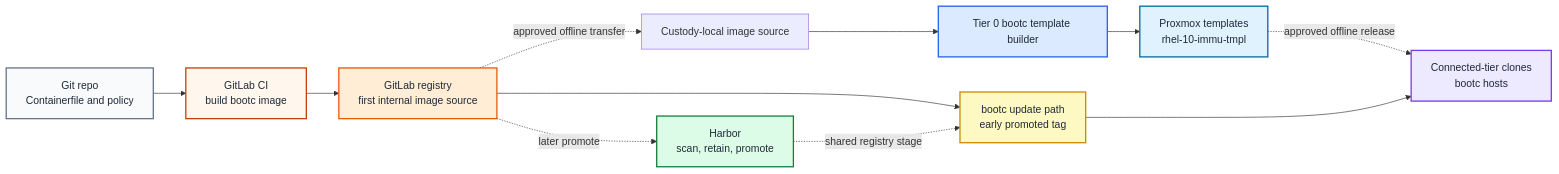
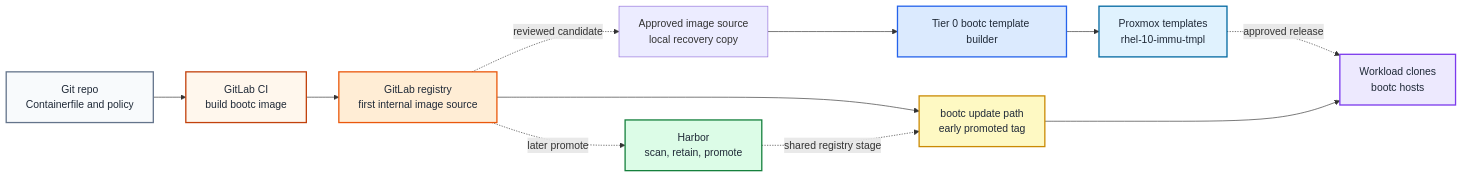
Before and after one commit to Rexus/homelab: the diagram in docs/paths/application-platform/image-based-linux.md, drawn with Mermaid. The commit also changed other lines of this file and 133 other files, not shown here.

````diff
--- a/docs/paths/application-platform/image-based-linux.md
+++ b/docs/paths/application-platform/image-based-linux.md
@@ -110,22 +111,22 @@
 ```mermaid
 flowchart LR
   Source[Git repo<br/>Containerfile and policy] --> GitLab[GitLab CI<br/>build bootc image]
   GitLab --> GitLabRegistry[GitLab registry<br/>first internal image source]
-  GitLabRegistry -. approved offline transfer .-> Custody[Custody-local image source]
-  Custody --> Template[Tier 0 bootc template builder]
+  GitLabRegistry -. reviewed candidate .-> Approved[Approved image source<br/>local recovery copy]
+  Approved --> Template[Tier 0 bootc template builder]
   GitLabRegistry --> Updates[bootc update path<br/>early promoted tag]
   GitLabRegistry -. later promote .-> Harbor[Harbor<br/>scan, retain, promote]
   Harbor -. shared registry stage .-> Updates
   Template --> Proxmox[Proxmox templates<br/>rhel-10-immu-tmpl]
-  Proxmox -. approved offline release .-> VMs[Connected-tier clones<br/>bootc hosts]
+  Proxmox -. approved release .-> VMs[Workload clones<br/>bootc hosts]
   Updates --> VMs
 
   style Source fill:#f8fafc,stroke:#64748b,stroke-width:2px,color:#1f2937
   style GitLab fill:#fff7ed,stroke:#c2410c,stroke-width:2px,color:#1f2937
   style GitLabRegistry fill:#ffedd5,stroke:#ea580c,stroke-width:2px,color:#1f2937
   style Harbor fill:#dcfce7,stroke:#15803d,stroke-width:2px,color:#1f2937
   style Template fill:#dbeafe,stroke:#2563eb,stroke-width:2px,color:#1f2937
   style Proxmox fill:#e0f2fe,stroke:#0369a1,stroke-width:2px,color:#1f2937
   style VMs fill:#ede9fe,stroke:#7c3aed,stroke-width:2px,color:#1f2937
   style Updates fill:#fef9c3,stroke:#ca8a04,stroke-width:2px,color:#1f2937
 ```
````
